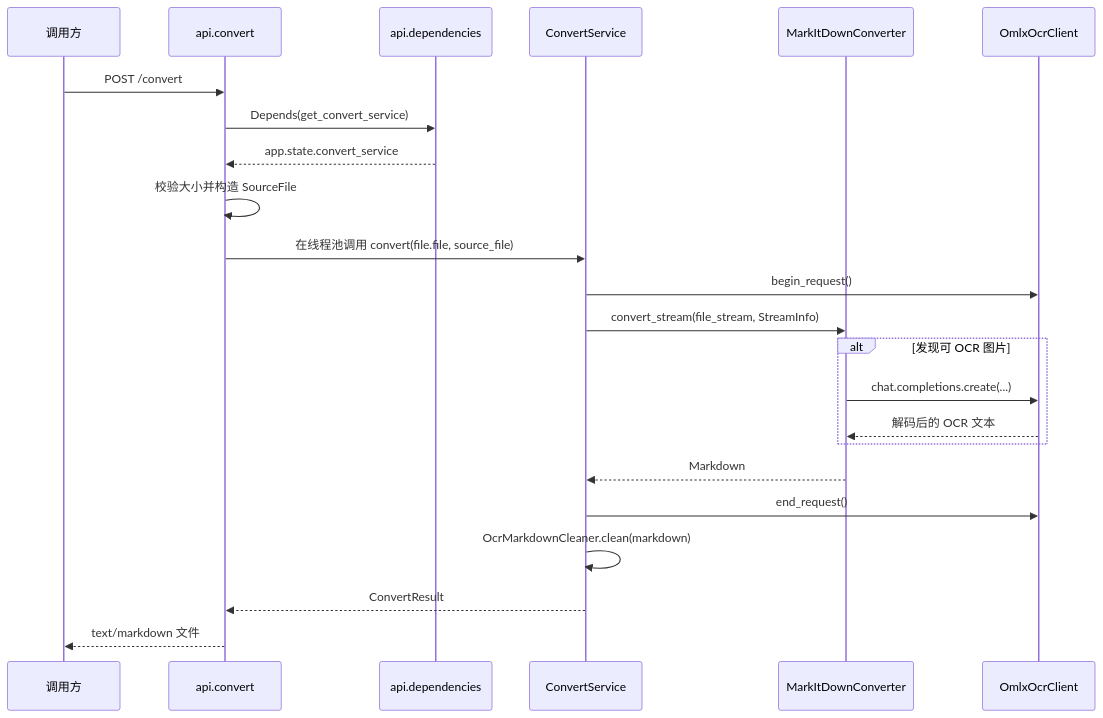
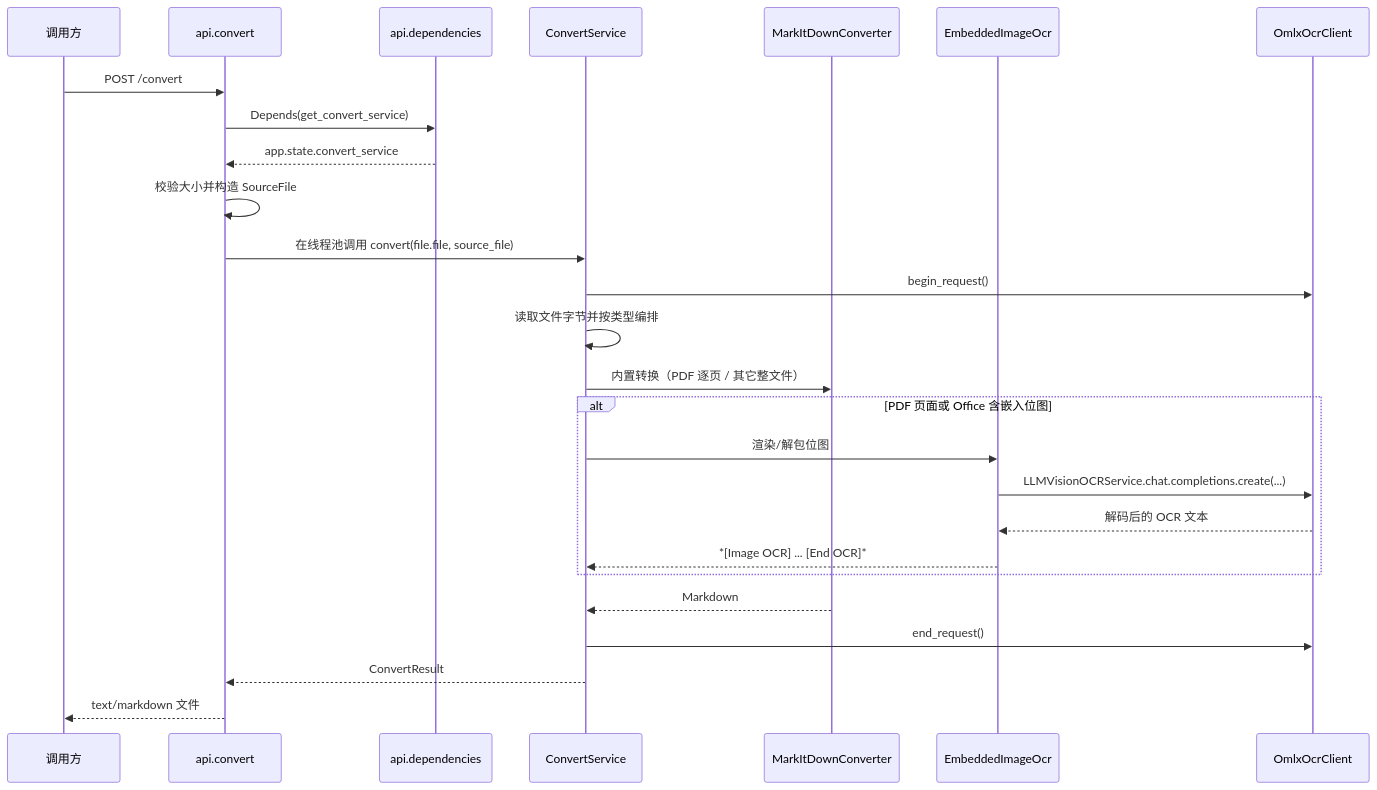
One commit to Jianshi-Lu/to-markdown changed the second of 2 diagrams in docs/code-reference.md. Above: the diagram before and after it, drawn with Mermaid. The commit also changed other lines of this file and 42 other files, not shown here.

````diff
--- a/docs/code-reference.md
+++ b/docs/code-reference.md
@@ -137,26 +139,29 @@
 ```mermaid
 sequenceDiagram
     participant C as 调用方
     participant R as api.convert
     participant D as api.dependencies
     participant S as ConvertService
     participant M as MarkItDownConverter
+    participant E as EmbeddedImageOcr
     participant O as OmlxOcrClient
 
     C->>R: POST /convert
     R->>D: Depends(get_convert_service)
     D-->>R: app.state.convert_service
     R->>R: 校验大小并构造 SourceFile
     R->>S: 在线程池调用 convert(file.file, source_file)
     S->>O: begin_request()
-    S->>M: convert_stream(file_stream, StreamInfo)
-    alt 发现可 OCR 图片
-        M->>O: chat.completions.create(...)
-        O-->>M: 解码后的 OCR 文本
+    S->>S: 读取文件字节并按类型编排
+    S->>M: 内置转换（PDF 逐页 / 其它整文件）
+    alt PDF 页面或 Office 含嵌入位图
+        S->>E: 渲染/解包位图
+        E->>O: LLMVisionOCRService.chat.completions.create(...)
+        O-->>E: 解码后的 OCR 文本
+        E-->>S: *[Image OCR] ... [End OCR]*
     end
     M-->>S: Markdown
     S->>O: end_request()
-    S->>S: OcrMarkdownCleaner.clean(markdown)
     S-->>R: ConvertResult
     R-->>C: text/markdown 文件
 ```
````
